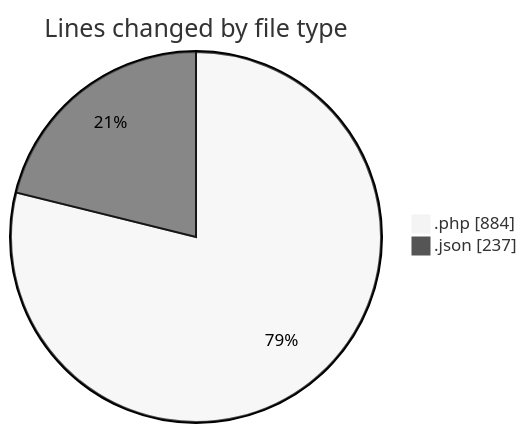
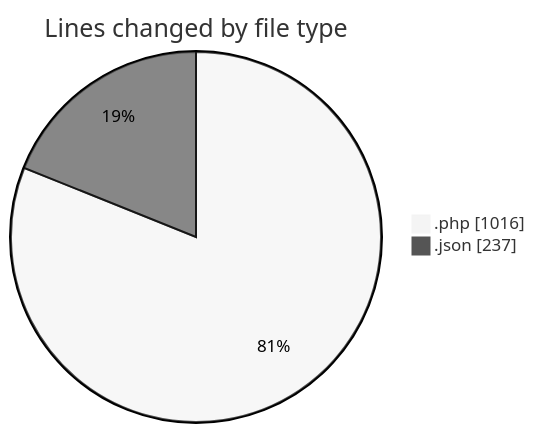
One commit to idhammustaqopulfikri/code-tracking changed the first of 2 diagrams in 2025-06-16/studio-backend/README.md. Above: the diagram before and after it, drawn with Mermaid (neutral theme). The commit also changed other lines of this file and 1 other file, not shown here.

````diff
--- a/2025-06-16/studio-backend/README.md
+++ b/2025-06-16/studio-backend/README.md
@@ -24,6 +24,6 @@
 ```mermaid
 pie showData
 title Lines changed by file type
-".php" : 884
+".php" : 1016
 ".json" : 237
 ```
````
